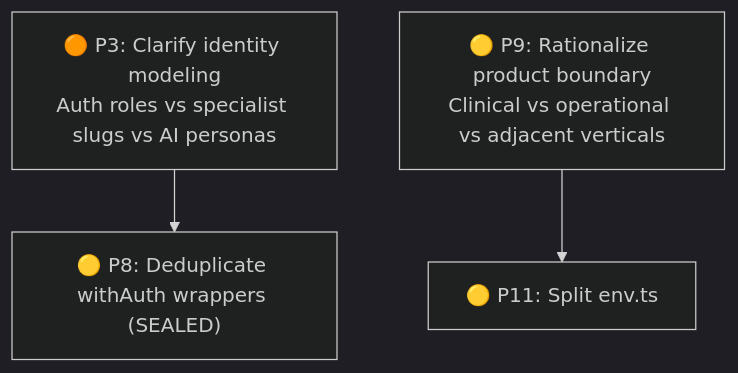
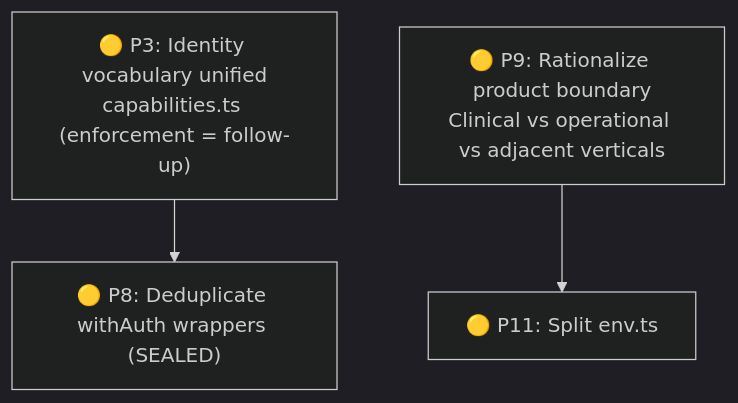
The diagram in alayse and acrchiculture/deep_dive_analysis.md (groupsmix/webs-alots), drawn with Mermaid (dark theme) before and after one commit. The commit also changed other lines of this file and 8 other files, not shown here.

````diff
--- a/alayse and acrchiculture/deep_dive_analysis.md
+++ b/alayse and acrchiculture/deep_dive_analysis.md
@@ -146,10 +152,10 @@
 ```mermaid
 graph TD
-    P3["🟠 P3: Clarify identity modeling<br/>Auth roles vs specialist slugs vs AI personas"]
+    P3["🟡 P3: Identity vocabulary unified<br/>capabilities.ts (enforcement = follow-up)"]
     P8["🟡 P8: Deduplicate withAuth wrappers (SEALED)"]
     P9["🟡 P9: Rationalize product boundary<br/>Clinical vs operational vs adjacent verticals"]
     P11["🟡 P11: Split env.ts"]
 
     P3 --> P8
     P9 --> P11
 ```
````
